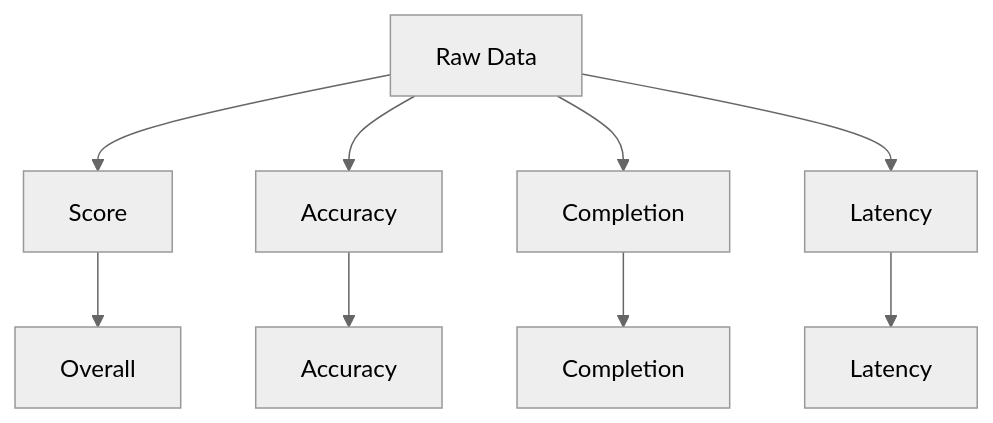
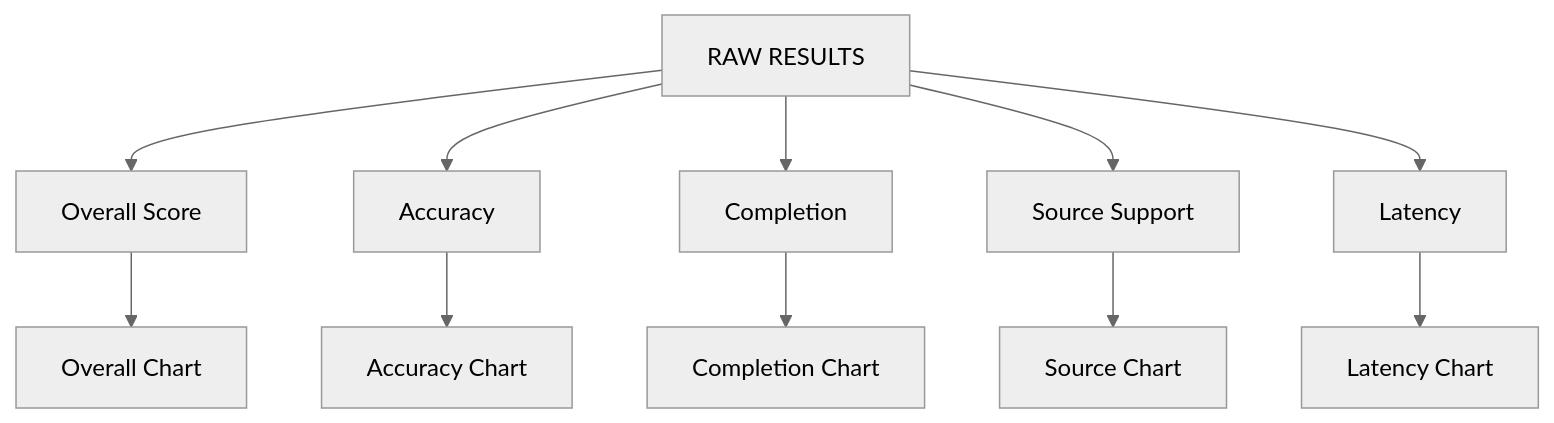
Before and after one commit to mahik2007/hackathon: diagram 13 of 17 in README.md, drawn with Mermaid (neutral theme). The commit also changed other lines of this file, not shown here.

First line of the commit message:
Revise README structure and enhance diagrams

````diff
--- a/README.md
+++ b/README.md
@@ -187,11 +305,14 @@
 ```mermaid
 flowchart TB
-D[Raw Data] --> S[Score]
-D --> A[Accuracy]
-D --> C[Completion]
-D --> L[Latency]
-S --> G1[Overall]
-A --> G2[Accuracy]
-C --> G3[Completion]
-L --> G4[Latency]
+    D[RAW RESULTS]
+    D --> S[Overall Score]
+    D --> A[Accuracy]
+    D --> C[Completion]
+    D --> R[Source Support]
+    D --> L[Latency]
+    S --> G1[Overall Chart]
+    A --> G2[Accuracy Chart]
+    C --> G3[Completion Chart]
+    R --> G4[Source Chart]
+    L --> G5[Latency Chart]
 ```
````
